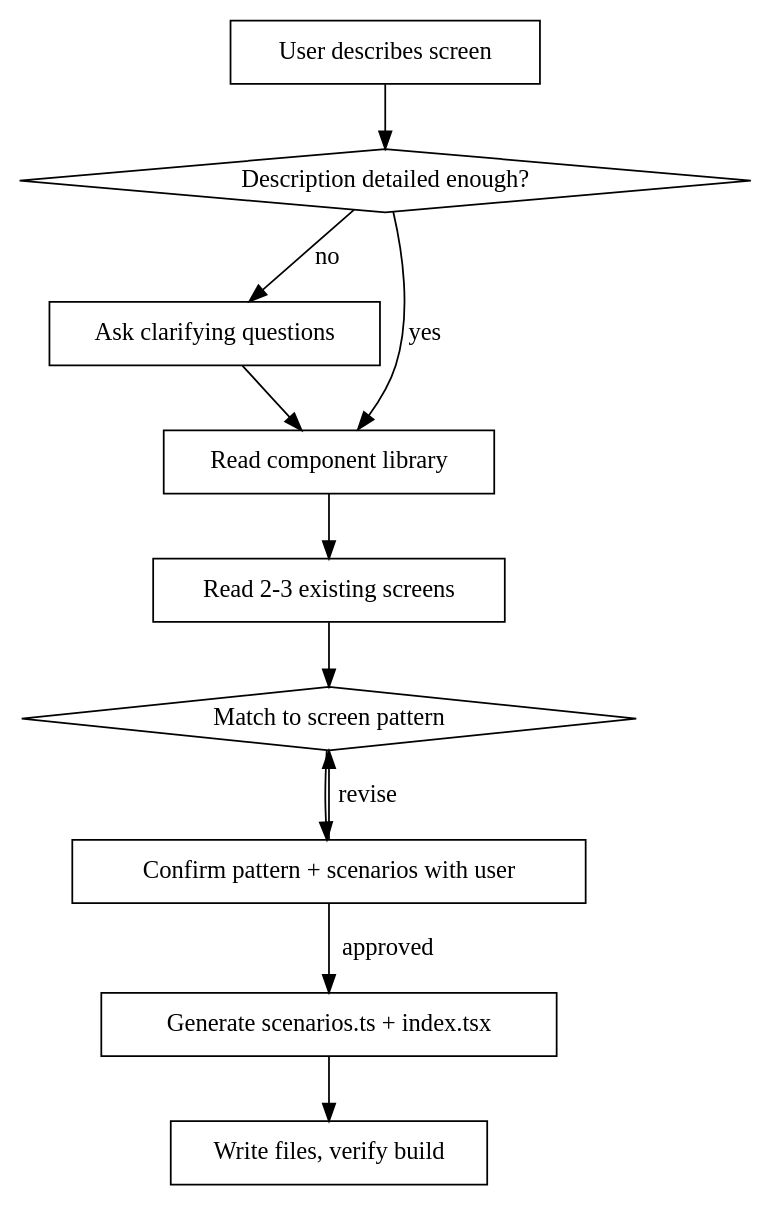
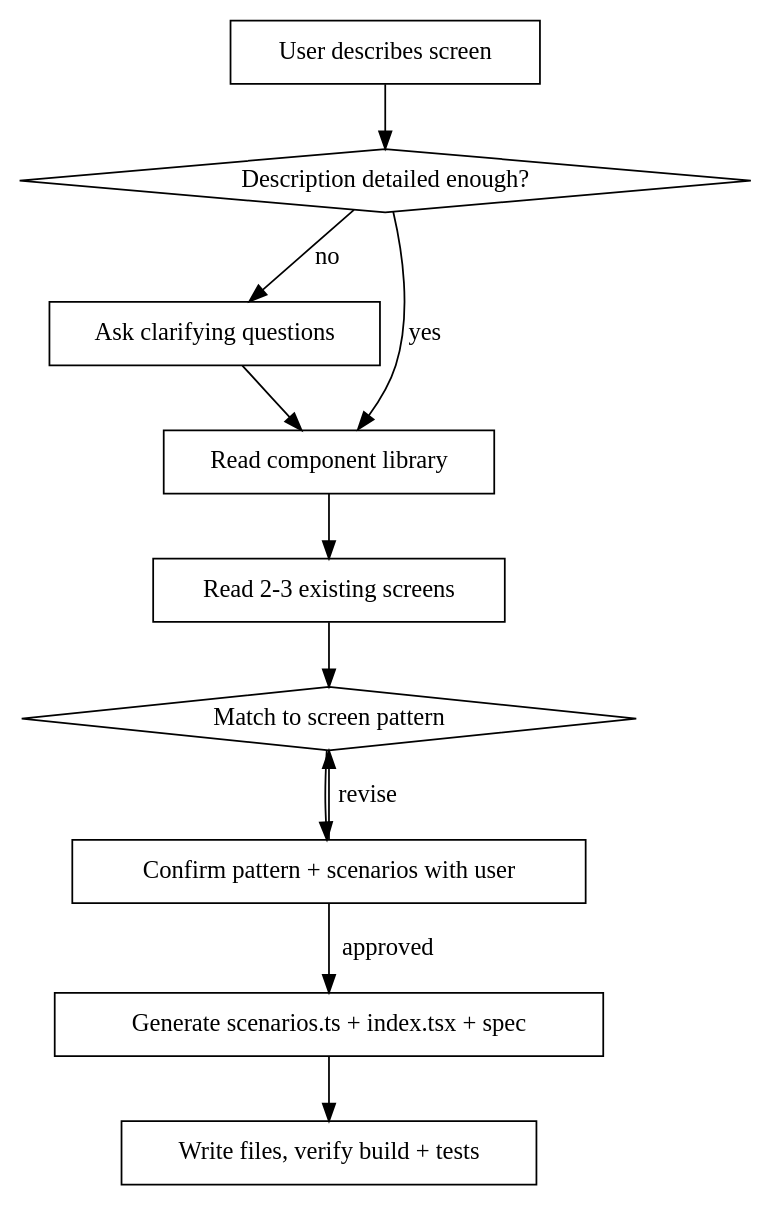
One commit to tini-works/preview-tool changed the diagram in .claude/skills/generate-screen/SKILL.md. Above: the diagram before and after it, drawn with Graphviz. The commit also changed other lines of this file and 2 other files, not shown here.

First line of the commit message:
refactor(test): move spec generation from script to generate-screen skill

````diff
--- a/.claude/skills/generate-screen/SKILL.md
+++ b/.claude/skills/generate-screen/SKILL.md
@@ -7,24 +7,24 @@
 ```dot
 digraph generate {
   "User describes screen" [shape=box];
   "Description detailed enough?" [shape=diamond];
   "Ask clarifying questions" [shape=box];
   "Read component library" [shape=box];
   "Read 2-3 existing screens" [shape=box];
   "Match to screen pattern" [shape=diamond];
   "Confirm pattern + scenarios with user" [shape=box];
-  "Generate scenarios.ts + index.tsx" [shape=box];
-  "Write files, verify build" [shape=box];
+  "Generate scenarios.ts + index.tsx + spec" [shape=box];
+  "Write files, verify build + tests" [shape=box];
 
   "User describes screen" -> "Description detailed enough?";
   "Description detailed enough?" -> "Read component library" [label="yes"];
   "Description detailed enough?" -> "Ask clarifying questions" [label="no"];
   "Ask clarifying questions" -> "Read component library";
   "Read component library" -> "Read 2-3 existing screens";
   "Read 2-3 existing screens" -> "Match to screen pattern";
   "Match to screen pattern" -> "Confirm pattern + scenarios with user";
-  "Confirm pattern + scenarios with user" -> "Generate scenarios.ts + index.tsx" [label="approved"];
+  "Confirm pattern + scenarios with user" -> "Generate scenarios.ts + index.tsx + spec" [label="approved"];
   "Confirm pattern + scenarios with user" -> "Match to screen pattern" [label="revise"];
-  "Generate scenarios.ts + index.tsx" -> "Write files, verify build";
+  "Generate scenarios.ts + index.tsx + spec" -> "Write files, verify build + tests";
 }
 ```
````
